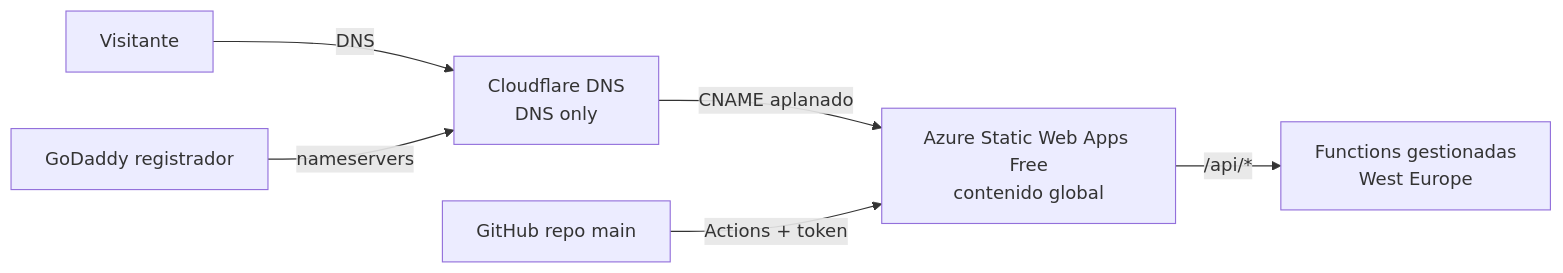
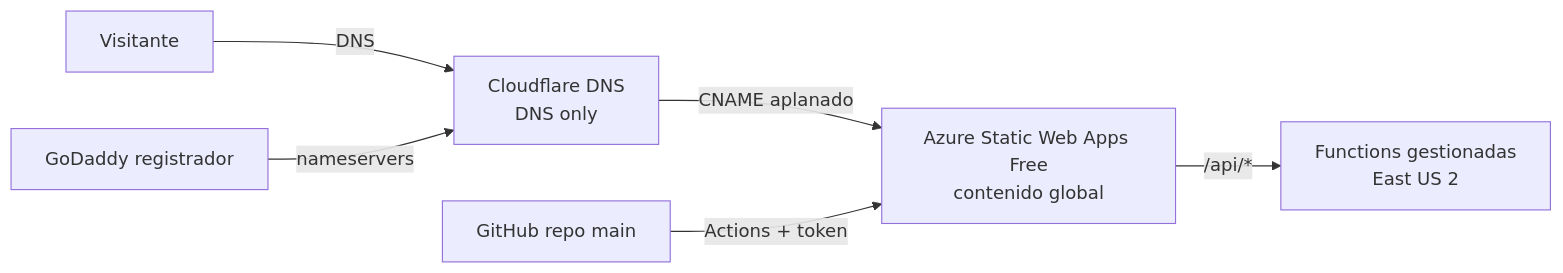
Before and after one commit to almartinch/almartinch.github.io: the diagram in .claude/specs/azure-swa-migration/design.md, drawn with Mermaid. The commit also changed other lines of this file and 1 other file, not shown here.

First line of the commit message:
docs(specs): record East US 2 region and mark phase 2 tasks

````diff
--- a/.claude/specs/azure-swa-migration/design.md
+++ b/.claude/specs/azure-swa-migration/design.md
@@ -12,8 +12,8 @@
 ```mermaid
 flowchart LR
   V[Visitante] -->|DNS| CF[Cloudflare DNS<br/>DNS only]
   CF -->|CNAME aplanado| SWA[Azure Static Web Apps Free<br/>contenido global]
-  SWA -->|/api/*| FN[Functions gestionadas<br/>West Europe]
+  SWA -->|/api/*| FN[Functions gestionadas<br/>East US 2]
   GH[GitHub repo main] -->|Actions + token| SWA
   GD[GoDaddy registrador] -->|nameservers| CF
 ```
````
